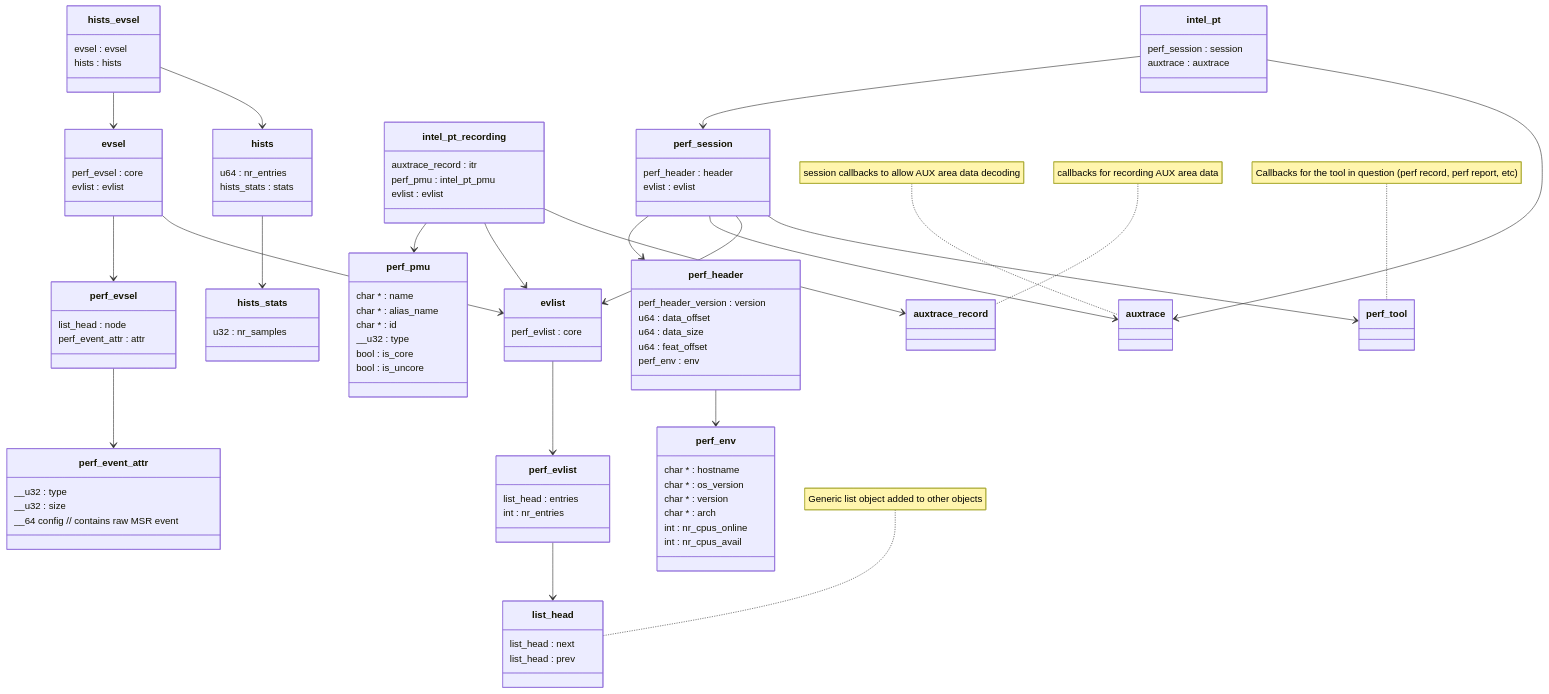
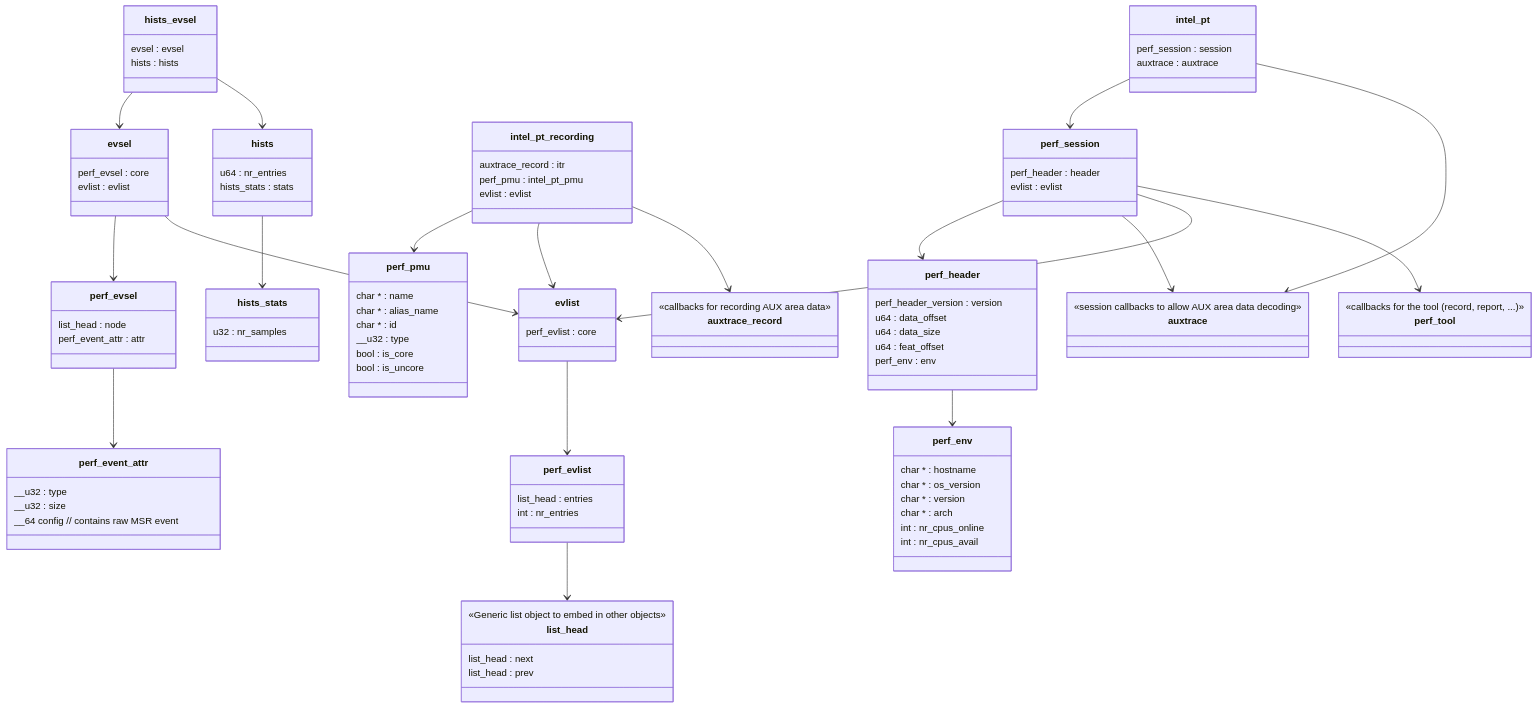
Before and after one commit to jamesodhunt/foo: the diagram in mermaid-classes-2.md, drawn with Mermaid.

```diff
--- a/mermaid-classes-2.md
+++ b/mermaid-classes-2.md
@@ -51,10 +51,10 @@
     }
 
     class list_head {
+      <<Generic list object to embed in other objects>>
       list_head : next
       list_head : prev
     }
-    note for list_head "Generic list object added to other objects"
 
     class intel_pt {
       perf_session : session
@@ -82,12 +82,12 @@
     }
 
     class auxtrace {
+      <<session callbacks to allow AUX area data decoding>>
     }
-    note for auxtrace "session callbacks to allow AUX area data decoding"
 
     class auxtrace_record {
+      <<callbacks for recording AUX area data>>
     }
-    note for auxtrace_record "callbacks for recording AUX area data"
 
     class perf_pmu {
       char * : name
@@ -99,8 +99,8 @@
     }
 
     class perf_tool {
+      <<callbacks for the tool (record, report, ...)>>
     }
-    note for perf_tool "Callbacks for the tool in question (perf record, perf report, etc)"
 
     %% -------------------------------------------
     %% Define relationships
```
